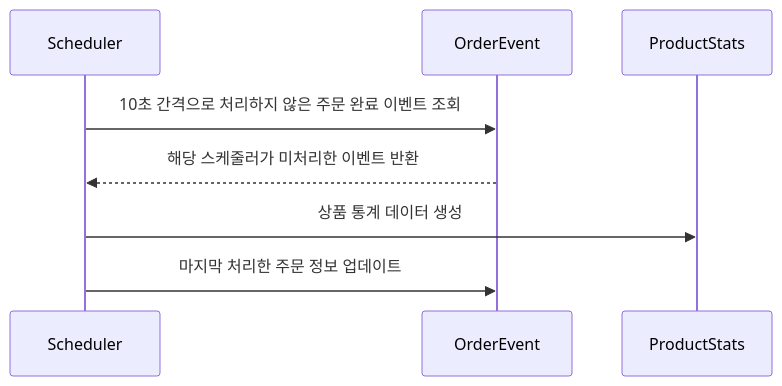
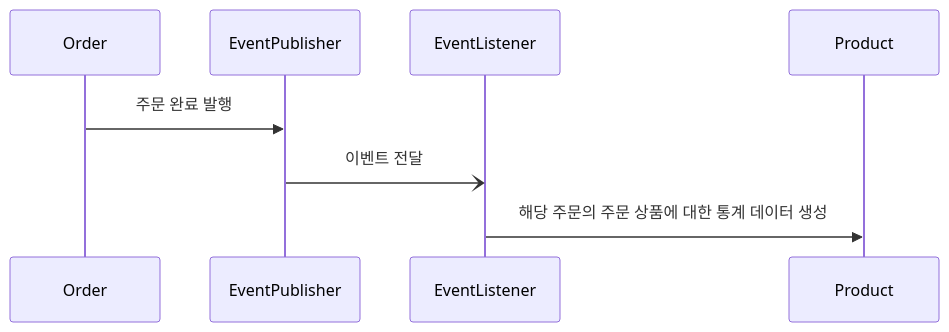
Before and after one commit to alert-kim/e-commerce: the first of 3 diagrams in docs/specs/product-stat.md, drawn with Mermaid. The commit also changed other lines of this file and 12 other files, not shown here.

````diff
--- a/docs/specs/product-stat.md
+++ b/docs/specs/product-stat.md
@@ -5,11 +11,11 @@
 ```mermaid
 sequenceDiagram
-    participant Scheduler
-    participant OrderEvent
-    participant ProductStats
+    participant Order
+    participant EventPublisher
+    participant EventListener
+    participant Product
 
-    Scheduler->>OrderEvent: 10초 간격으로 처리하지 않은 주문 완료 이벤트 조회
-    OrderEvent-->>Scheduler: 해당 스케줄러가 미처리한 이벤트 반환
-    Scheduler->>ProductStats: 상품 통계 데이터 생성
-    Scheduler->>OrderEvent: 마지막 처리한 주문 정보 업데이트
+    Order ->> EventPublisher: 주문 완료 발행
+    EventPublisher -) EventListener: 이벤트 전달
+    EventListener ->> Product: 해당 주문의 주문 상품에 대한 통계 데이터 생성
 ```
````
